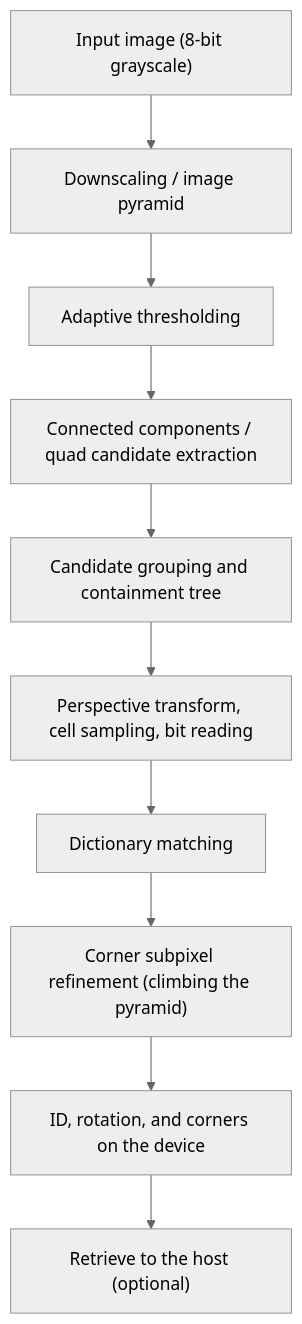
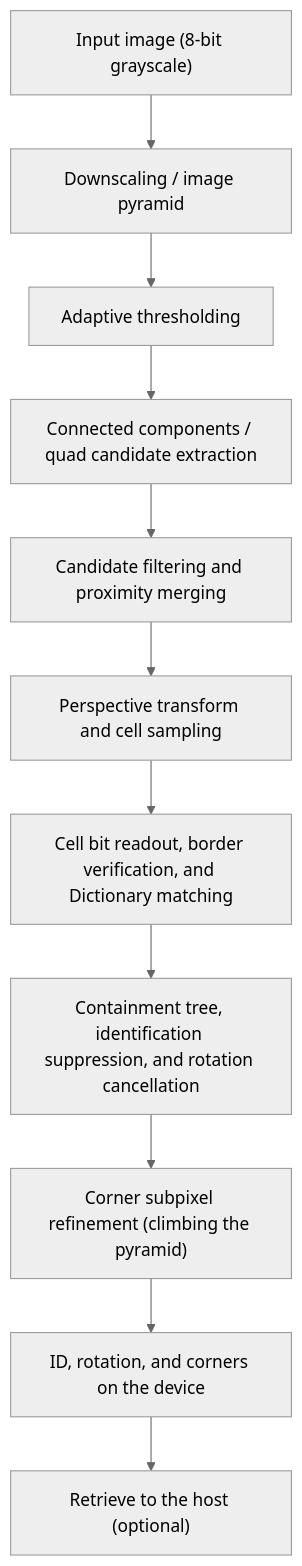
One commit to MasakazuTobeta/ArUco3-CUDA changed the diagram in docs/project-overview.md. Above: the diagram before and after it, drawn with Mermaid (neutral theme). The commit also changed other lines of this file and 9 other files, not shown here.

````diff
--- a/docs/project-overview.md
+++ b/docs/project-overview.md
@@ -61,12 +61,13 @@
 ```mermaid
 flowchart TD
     A["Input image (8-bit grayscale)"] --> B["Downscaling / image pyramid"]
     B --> C["Adaptive thresholding"]
     C --> D["Connected components / quad candidate extraction"]
-    D --> E["Candidate grouping and containment tree"]
-    E --> F["Perspective transform, cell sampling, bit reading"]
-    F --> G["Dictionary matching"]
-    G --> H["Corner subpixel refinement (climbing the pyramid)"]
-    H --> I["ID, rotation, and corners on the device"]
-    I --> J["Retrieve to the host (optional)"]
+    D --> E["Candidate filtering and proximity merging"]
+    E --> F["Perspective transform and cell sampling"]
+    F --> G["Cell bit readout, border verification, and Dictionary matching"]
+    G --> H["Containment tree, identification suppression, and rotation cancellation"]
+    H --> I["Corner subpixel refinement (climbing the pyramid)"]
+    I --> J["ID, rotation, and corners on the device"]
+    J --> K["Retrieve to the host (optional)"]
 ```
````
